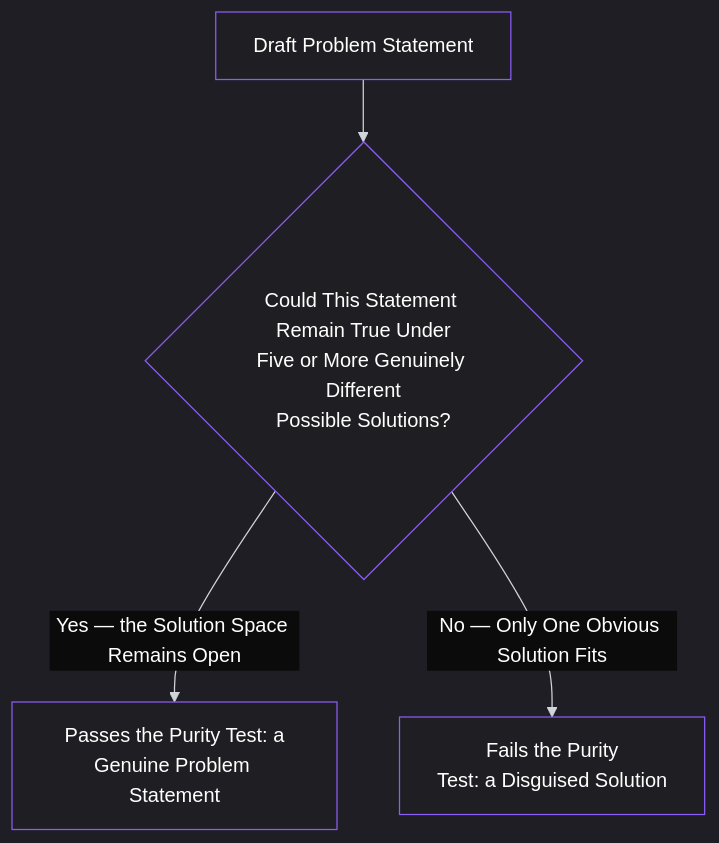
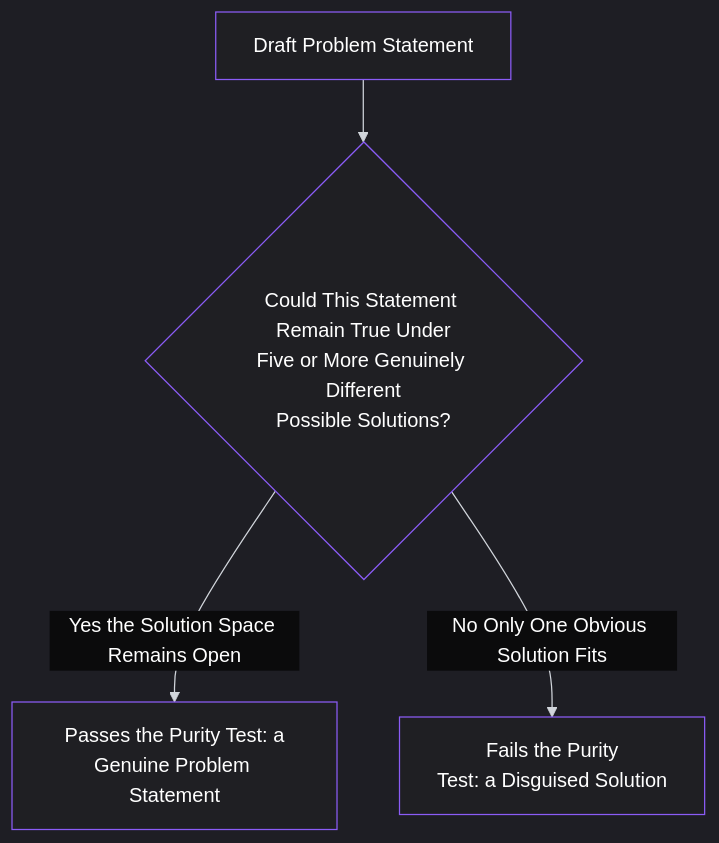
The third of 3 diagrams in content/lessons/lesson-017.md (pmacademy-app/web), drawn with Mermaid before and after one commit. The commit also changed other lines of this file and 90 other files, not shown here.

````diff
--- a/content/lessons/lesson-017.md
+++ b/content/lessons/lesson-017.md
@@ -195,36 +195,36 @@
 ```mermaid
 %%{init: {
   "theme": "dark",
   "themeVariables": {
     "background": "#0b0b0c",
     "primaryColor": "#1f1f23",
     "primaryTextColor": "#ffffff",
     "primaryBorderColor": "#8b5cf6",
     "lineColor": "#d1d5db",
     "secondaryColor": "#18181b",
     "tertiaryColor": "#111111",
     "mainBkg": "#1f1f23",
     "nodeBorder": "#8b5cf6",
     "clusterBkg": "#000000",
     "clusterBorder": "#27272a",
     "titleColor": "#ffffff",
     "edgeLabelBackground": "#0b0b0c",
     "nodeTextColor": "#ffffff",
     "edgeLabelColor": "#ffffff",
     "actorBorder": "#8b5cf6",
     "actorBkg": "#1f1f23",
     "actorTextColor": "#ffffff",
     "sequenceNumberColor": "#ffffff",
     "signalColor": "#8b5cf6",
     "signalTextColor": "#ffffff",
     "textColor": "#ffffff",
     "classText": "#ffffff",
     "classBorder": "#8b5cf6",
     "classBkg": "#1f1f23"
   }
 }}%%
 graph TD
     A[Draft Problem Statement] --> B{Could This Statement Remain True Under<br/>Five or More Genuinely Different<br/>Possible Solutions?}
-    B -->|Yes — the Solution Space Remains Open| C[Passes the Purity Test: a<br/>Genuine Problem Statement]
-    B -->|No — Only One Obvious Solution Fits| D[Fails the Purity<br/>Test: a Disguised Solution]
+    B -->|Yes the Solution Space Remains Open| C[Passes the Purity Test: a<br/>Genuine Problem Statement]
+    B -->|No Only One Obvious Solution Fits| D[Fails the Purity<br/>Test: a Disguised Solution]
 ```
````
